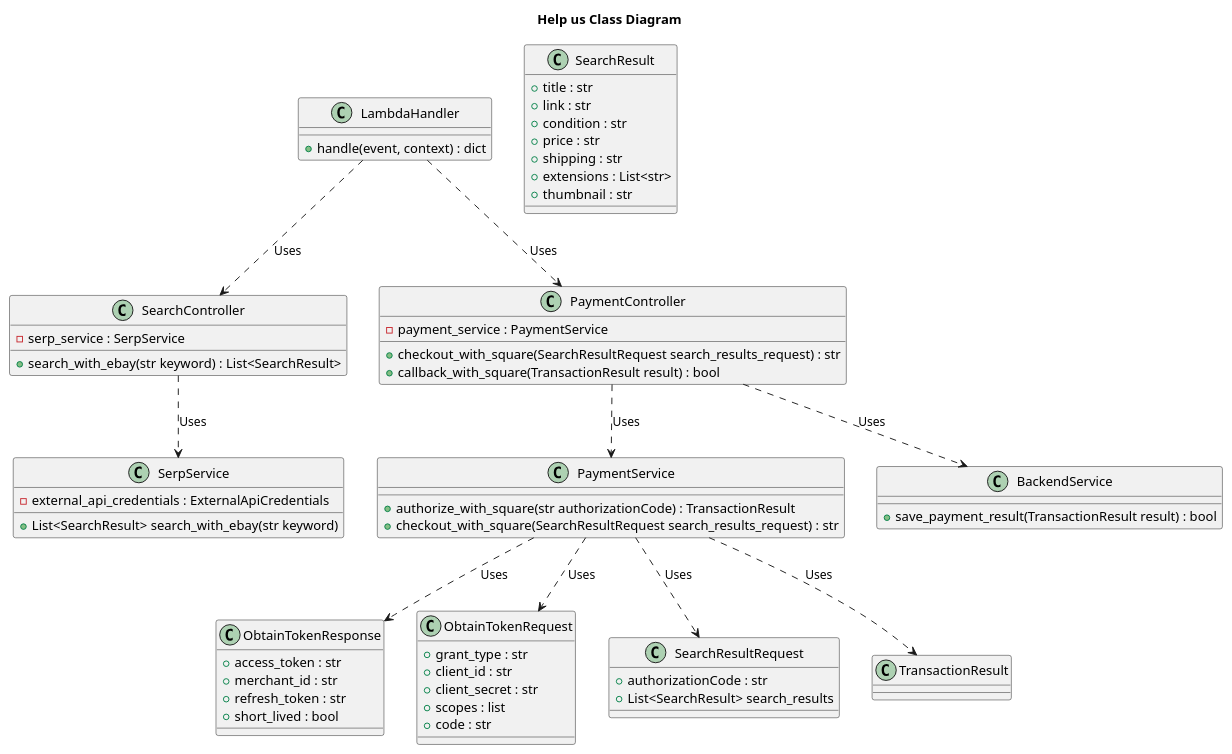
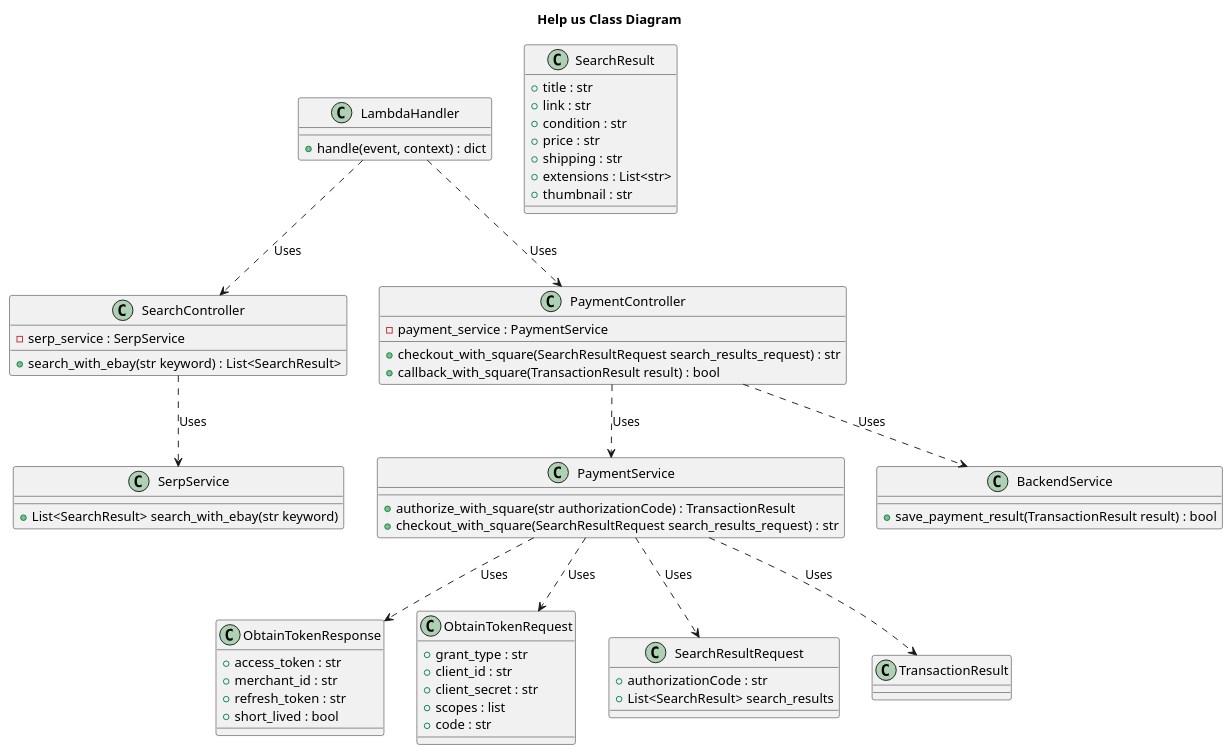
One commit to help-us-app/help-us-architecture-diagrams changed the diagram in diagrams/class_diagram_api.puml. Above: the diagram before and after it, drawn with PlantUML.

Commit message:
feat: removed external api credentials

```diff
--- a/diagrams/class_diagram_api.puml
+++ b/diagrams/class_diagram_api.puml
@@ -1,85 +1,84 @@
 @startuml "Help us Class Diagram"
 title "Help us Class Diagram"
 
 class ObtainTokenResponse {
     + access_token : str
     + merchant_id : str
     + refresh_token : str
     + short_lived : bool
 }
 
 class ObtainTokenRequest {
     + grant_type : str
     + client_id : str
     + client_secret : str
     + scopes : list
     + code : str
 }
 
 class SearchResultRequest {
     + authorizationCode : str
     + List<SearchResult> search_results
 }
 
 class TransactionResult
 
 class SerpService {
-    - external_api_credentials : ExternalApiCredentials
     + List<SearchResult> search_with_ebay(str keyword)
 }
 
 class PaymentService {
     + authorize_with_square(str authorizationCode) : TransactionResult
     + checkout_with_square(SearchResultRequest search_results_request) : str
 }
 
 class BackendService {
     + save_payment_result(TransactionResult result) : bool
 }
 
 class SearchResult {
     + title : str
     + link : str
     + condition : str
     + price : str
     + shipping : str
     + extensions : List<str>
     + thumbnail : str
 
 }
 
 class SearchController {
     - serp_service : SerpService
     + search_with_ebay(str keyword) : List<SearchResult>
 }
 
 class PaymentController {
     - payment_service : PaymentService
     + checkout_with_square(SearchResultRequest search_results_request) : str
     + callback_with_square(TransactionResult result) : bool
 }
 
 class LambdaHandler {
     + handle(event, context) : dict
 }
 
 
 SearchController ..> SerpService : Uses
 
 PaymentController ..> PaymentService : Uses
 
 PaymentController ..> BackendService : Uses
 
 PaymentService ..> ObtainTokenResponse : Uses
 
 PaymentService ..> ObtainTokenRequest : Uses
 
 PaymentService ..> TransactionResult : Uses
 
 PaymentService ..> SearchResultRequest : Uses
 
 LambdaHandler ..> PaymentController : Uses
 
 LambdaHandler ..> SearchController : Uses
 
 @enduml
```
